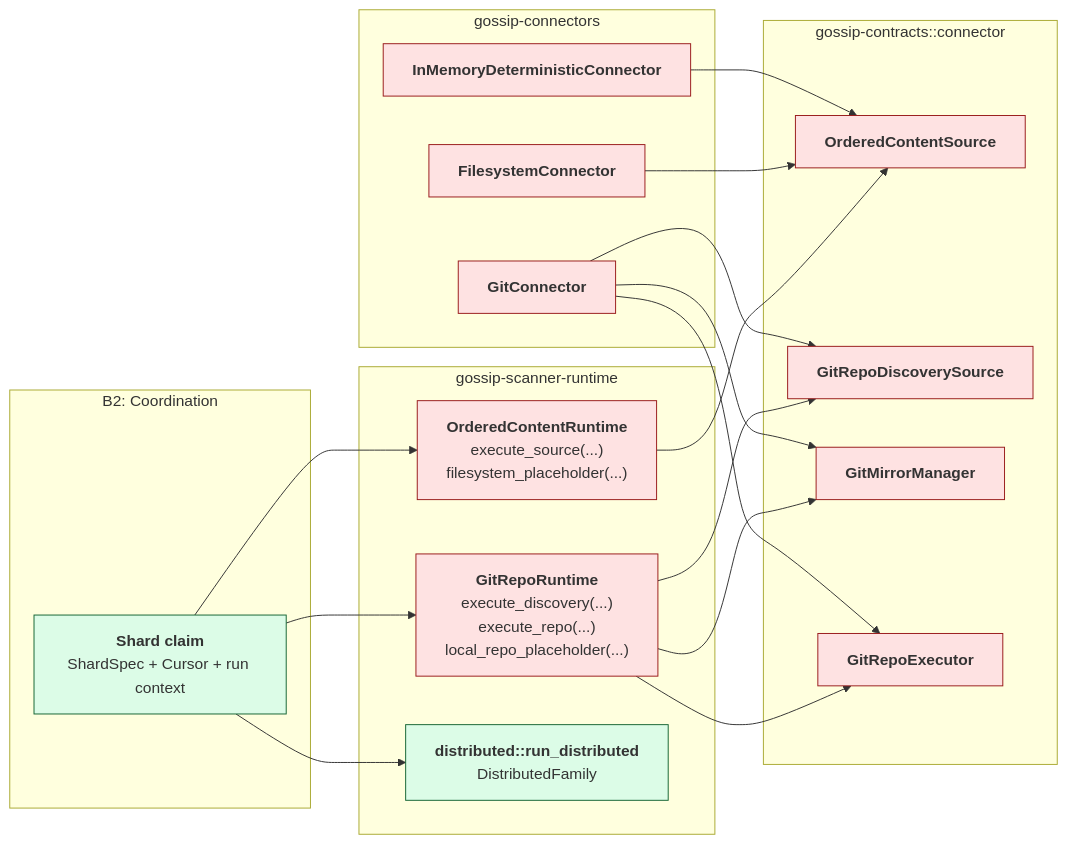
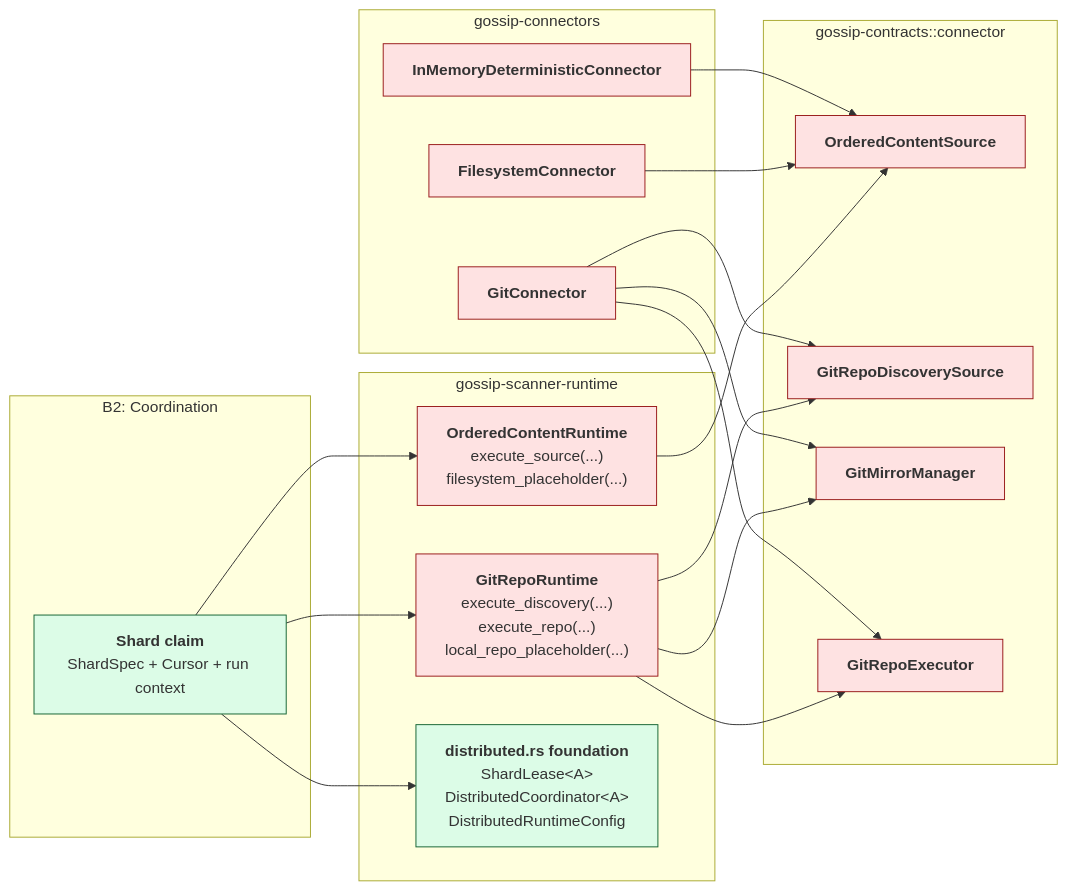
The third of 4 diagrams in diagrams/14-connector-architecture.md (ahrav/Gossip-rs), drawn with Mermaid before and after one commit. The commit also changed other lines of this file and 5 other files, not shown here.

First line of the commit message:
Refactor distributed runtime module into foundation types

````diff
--- a/diagrams/14-connector-architecture.md
+++ b/diagrams/14-connector-architecture.md
@@ -151,53 +151,53 @@
 ```mermaid
 %% Diagram: connector-runtime-family-bridge
 graph LR
     subgraph Coordination["B2: Coordination"]
         CLAIM["<b>Shard claim</b><br/>ShardSpec + Cursor + run context"]
     end
 
     subgraph Runtime["gossip-scanner-runtime"]
         OCR["<b>OrderedContentRuntime</b><br/>execute_source(...)<br/>filesystem_placeholder(...)"]
         GRR["<b>GitRepoRuntime</b><br/>execute_discovery(...)<br/>execute_repo(...)<br/>local_repo_placeholder(...)"]
-        DRT["<b>distributed::run_distributed</b><br/>DistributedFamily"]
+        DRT["<b>distributed.rs foundation</b><br/>ShardLease&lt;A&gt;<br/>DistributedCoordinator&lt;A&gt;<br/>DistributedRuntimeConfig"]
     end
 
     subgraph Contracts["gossip-contracts::connector"]
         OCS["<b>OrderedContentSource</b>"]
         GDS["<b>GitRepoDiscoverySource</b>"]
         GMM["<b>GitMirrorManager</b>"]
         GRE["<b>GitRepoExecutor</b>"]
     end
 
     subgraph Sources["gossip-connectors"]
         FSC["<b>FilesystemConnector</b>"]
         GTC["<b>GitConnector</b>"]
         IMC["<b>InMemoryDeterministicConnector</b>"]
     end
 
     CLAIM --> OCR
     CLAIM --> GRR
     CLAIM --> DRT
 
     OCR --> OCS
     GRR --> GDS
     GRR --> GMM
     GRR --> GRE
 
     FSC --> OCS
     IMC --> OCS
     GTC --> GDS
     GTC --> GMM
     GTC --> GRE
 
     style CLAIM fill:#DCFCE7,stroke:#166534
     style OCR fill:#FEE2E2,stroke:#991B1B
     style GRR fill:#FEE2E2,stroke:#991B1B
     style DRT fill:#DCFCE7,stroke:#166534
     style OCS fill:#FEE2E2,stroke:#991B1B
     style GDS fill:#FEE2E2,stroke:#991B1B
     style GMM fill:#FEE2E2,stroke:#991B1B
     style GRE fill:#FEE2E2,stroke:#991B1B
     style FSC fill:#FEE2E2,stroke:#991B1B
     style GTC fill:#FEE2E2,stroke:#991B1B
     style IMC fill:#FEE2E2,stroke:#991B1B
 ```
````
